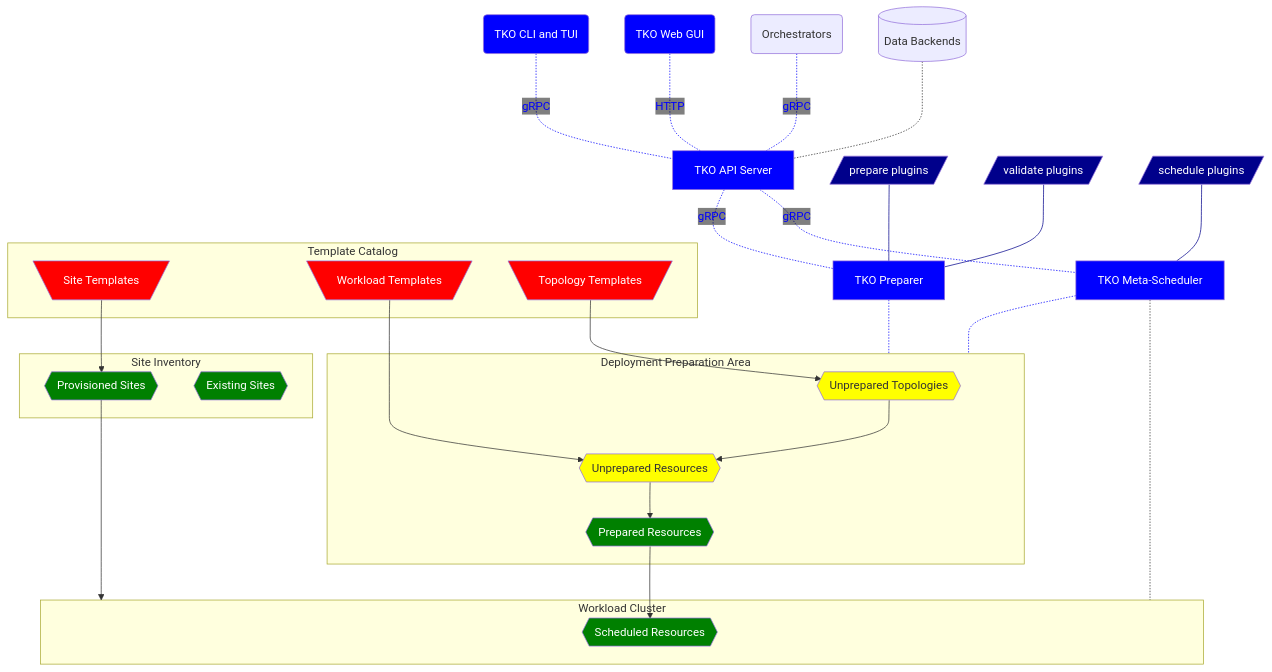
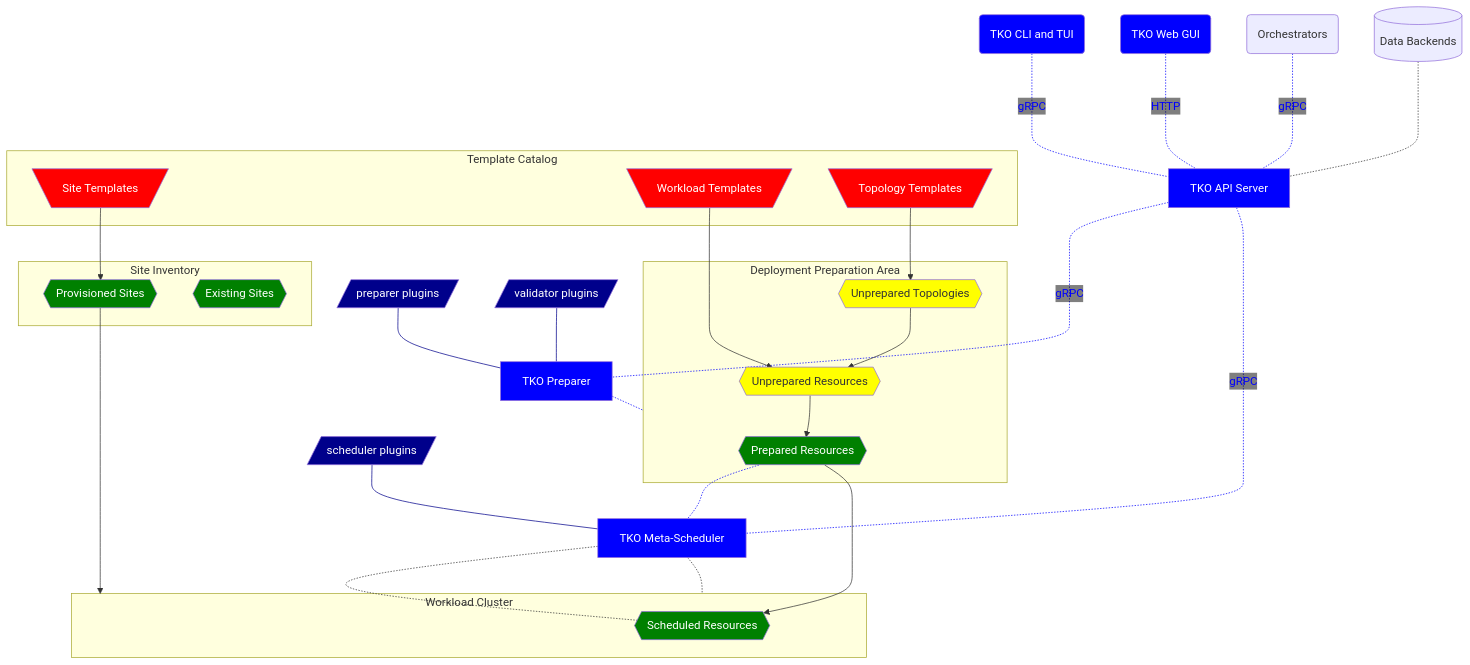
Before and after one commit to nephio-experimental/tko: the diagram in README.md, drawn with Mermaid. The commit also changed 39 other files, not shown here.

````diff
--- a/README.md
+++ b/README.md
@@ -80,78 +80,79 @@
 ```mermaid
 %%{init: {'themeVariables': { 'edgeLabelBackground': 'transparent'}}}%%
 flowchart TD
     D[(Data Backends)]
 
     C(TKO CLI and TUI)
     W(TKO Web GUI)
     O(Orchestrators)
 
     A[TKO API Server]
     P[TKO Preparer]
-    M[TKO Meta-Scheduler]
+    MS[TKO Meta-Scheduler]
 
-    PP[/prepare plugins/]
-    VP[/validate plugins/]
-    SP[/schedule plugins/]
+    PP[/preparer plugins/]
+    VP[/validator plugins/]
+    SP[/scheduler plugins/]
 
     C-. gRPC ..-A
     W-. HTTP ..-A
     O-. gRPC ..-A
-    A-. gRPC .- P
-    A-. gRPC .-M
+    A-. gRPC ..- P
+    A-. gRPC ..-MS
 
     D-..-A
 
     PP---P
     VP---P
-    SP---M
+    SP---MS
 
     P-.-DPA
-    M-.-DPA
-    M-.-WC
+    PR-.-MS
+    MS-.-WC
+    MS-.-SR
 
     subgraph TC [Template Catalog]
         ST[\Site Templates/]
         WT[\Workload Templates/]
         TT[\Topology Templates/]
     end
 
     subgraph SI [Site Inventory]
         PS{{Provisioned Sites}}
         ES{{Existing Sites}}
     end
 
     subgraph DPA [Deployment Preparation Area]
         UT{{Unprepared Topologies}}
         UR{{Unprepared Resources}}
         PR{{Prepared Resources}}
     end
 
     subgraph WC [Workload Cluster]
         SR{{Scheduled Resources}}
     end
 
     TT-->UT-->UR-->PR-->SR
     WT-->UR
     ST-->PS-->WC
 
     style A fill:blue,color:white
     style C fill:blue,color:white
     style W fill:blue,color:white
     style P fill:blue,color:white
     style PP fill:darkblue,color:white
     style VP fill:darkblue,color:white
-    style M fill:blue,color:white
+    style MS fill:blue,color:white
     style SP fill:darkblue,color:white
     style ST fill:red,color:white
     style TT fill:red,color:white
     style WT fill:red,color:white
     style UT fill:yellow
     style UR fill:yellow
     style PR fill:green,color:white
     style SR fill:green,color:white
     style PS fill:green,color:white
     style ES fill:green,color:white
     linkStyle 0,1,2,3,4,9,10 stroke:blue,color:blue
     linkStyle 6,7,8 stroke:darkblue,color:darkblue
 ```
````
